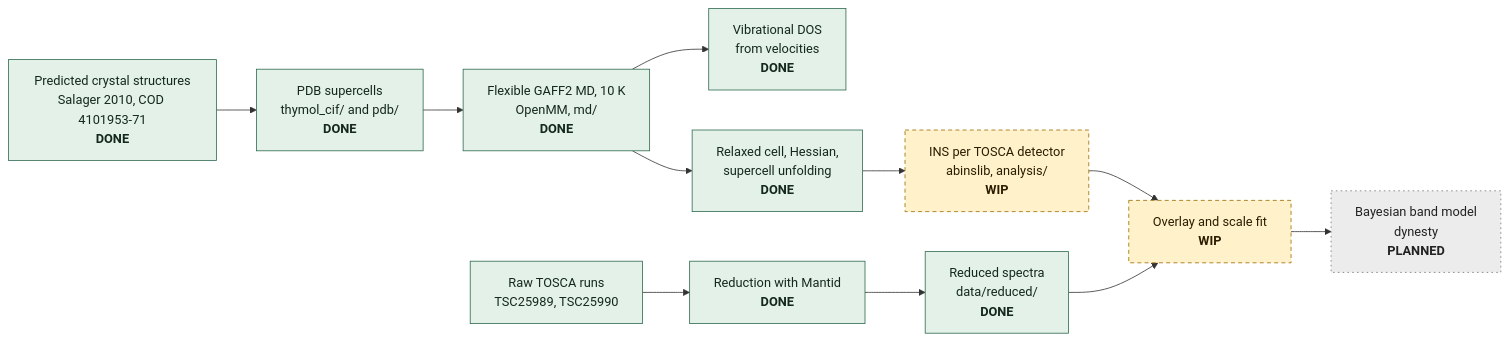
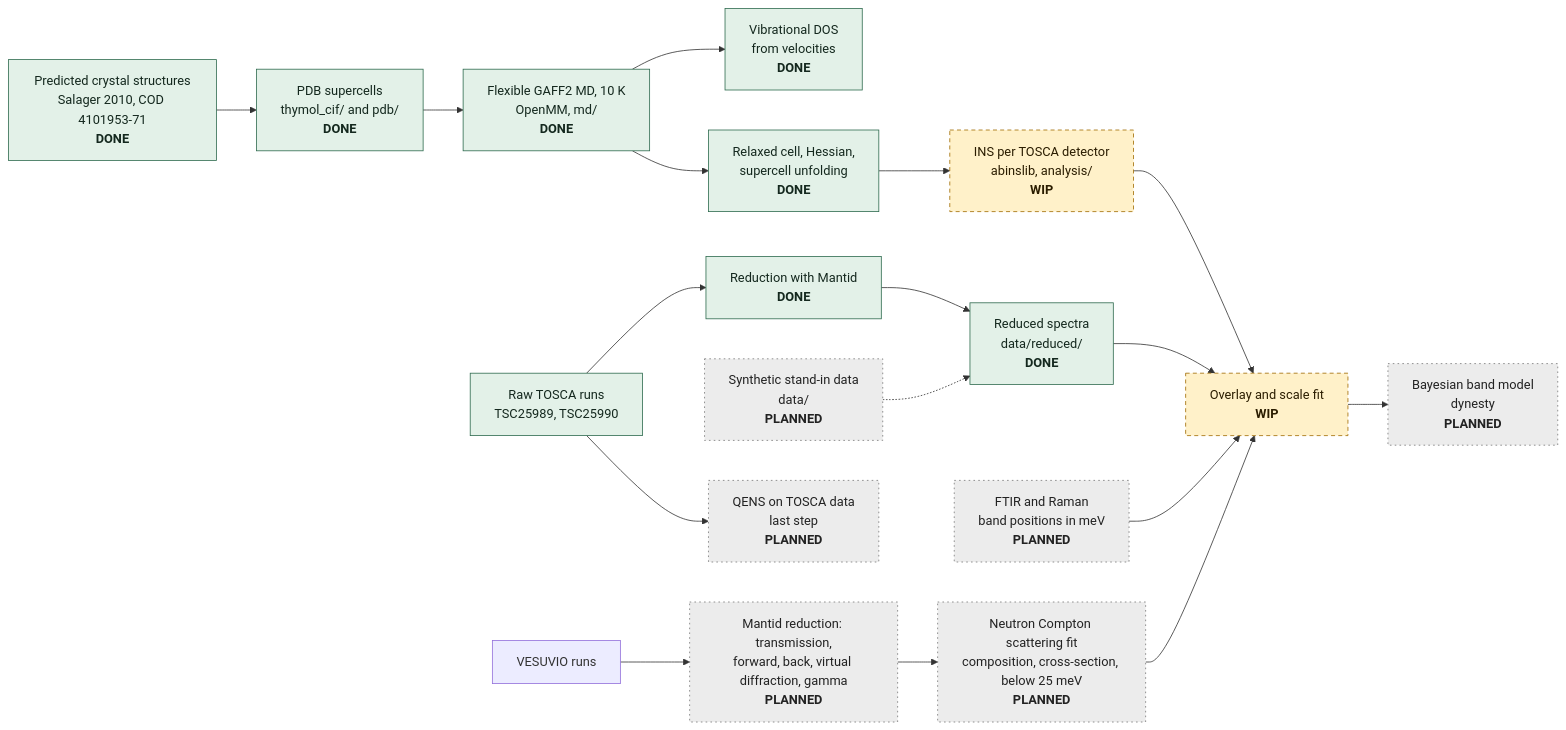
One commit to markbujehein/msc-thesis-analysis changed the diagram in README.md. Above: the diagram before and after it, drawn with Mermaid. The commit also changed other lines of this file and 3 other files, not shown here.

Commit message:
Rough spec for IR, Raman, VESUVIO and QENS; README plan and data sections

````diff
--- a/README.md
+++ b/README.md
@@ -9,19 +9,25 @@
 ```mermaid
 flowchart LR
     A["Predicted crystal structures<br/>Salager 2010, COD 4101953-71<br/><b>DONE</b>"] --> B["PDB supercells<br/>thymol_cif/ and pdb/<br/><b>DONE</b>"]
     B --> C["Flexible GAFF2 MD, 10 K<br/>OpenMM, md/<br/><b>DONE</b>"]
     C --> D["Vibrational DOS<br/>from velocities<br/><b>DONE</b>"]
     C --> E["Relaxed cell, Hessian,<br/>supercell unfolding<br/><b>DONE</b>"]
     E --> F["INS per TOSCA detector<br/>abinslib, analysis/<br/><b>WIP</b>"]
     R["Raw TOSCA runs<br/>TSC25989, TSC25990"] --> S["Reduction with Mantid<br/><b>DONE</b>"]
     S --> T["Reduced spectra<br/>data/reduced/<br/><b>DONE</b>"]
     F --> U["Overlay and scale fit<br/><b>WIP</b>"]
     T --> U
-    U --> V["Bayesian band model<br/>dynesty<br/><b>PLANNED</b>"]
+    U --> W["Bayesian band model<br/>dynesty<br/><b>PLANNED</b>"]
+    IR["FTIR and Raman<br/>band positions in meV<br/><b>PLANNED</b>"] --> U
+    VR["VESUVIO runs"] --> VM["Mantid reduction: transmission,<br/>forward, back, virtual diffraction, gamma<br/><b>PLANNED</b>"]
+    VM --> VF["Neutron Compton scattering fit<br/>composition, cross-section, below 25 meV<br/><b>PLANNED</b>"]
+    VF --> U
+    R --> Q["QENS on TOSCA data<br/>last step<br/><b>PLANNED</b>"]
+    SYN["Synthetic stand-in data<br/>data/<br/><b>PLANNED</b>"] -.-> T
     classDef done fill:#e3f1e8,stroke:#2f6b4f,color:#14281e
     classDef wip fill:#fff1c9,stroke:#a06b00,color:#2b1d00,stroke-dasharray:5 4
     classDef planned fill:#ececec,stroke:#777,color:#222,stroke-dasharray:2 4
     class A,B,C,D,E,R,S,T done
     class F,U wip
-    class V planned
+    class W,IR,VM,VF,Q,SYN planned
 ```
````
